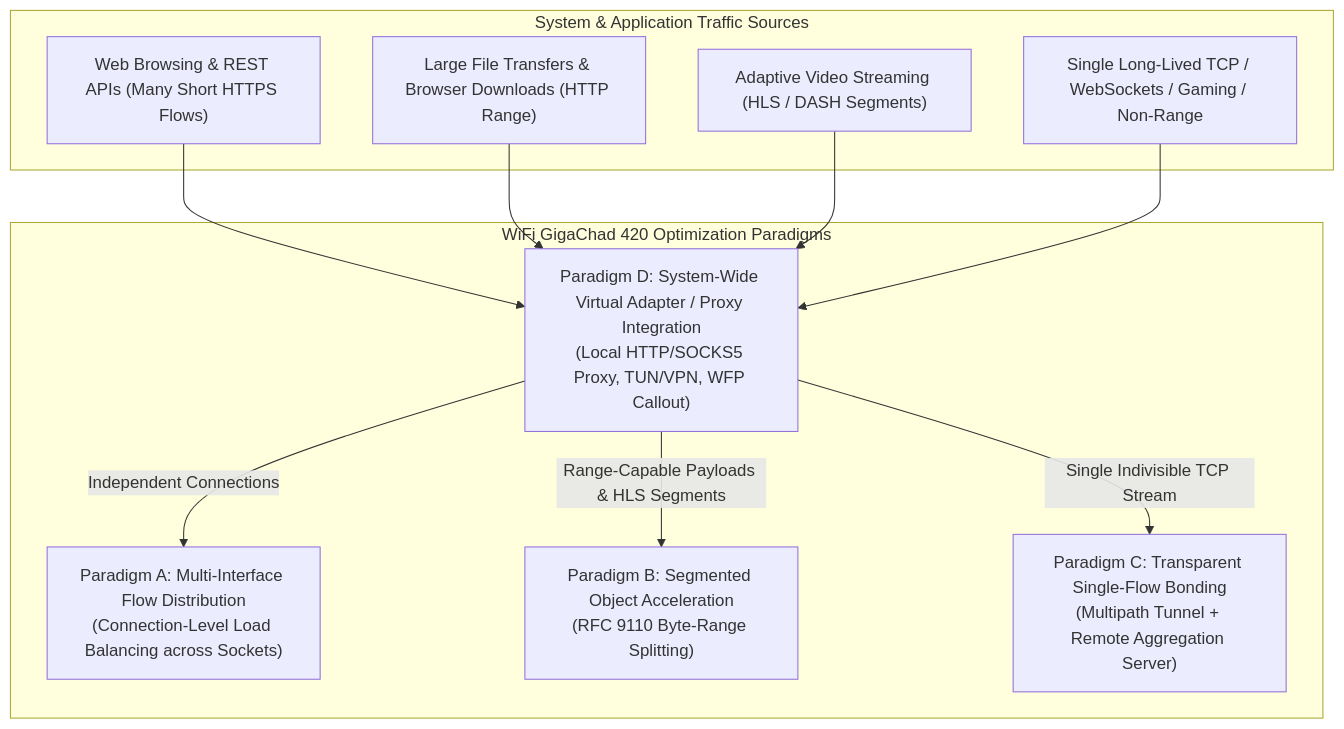
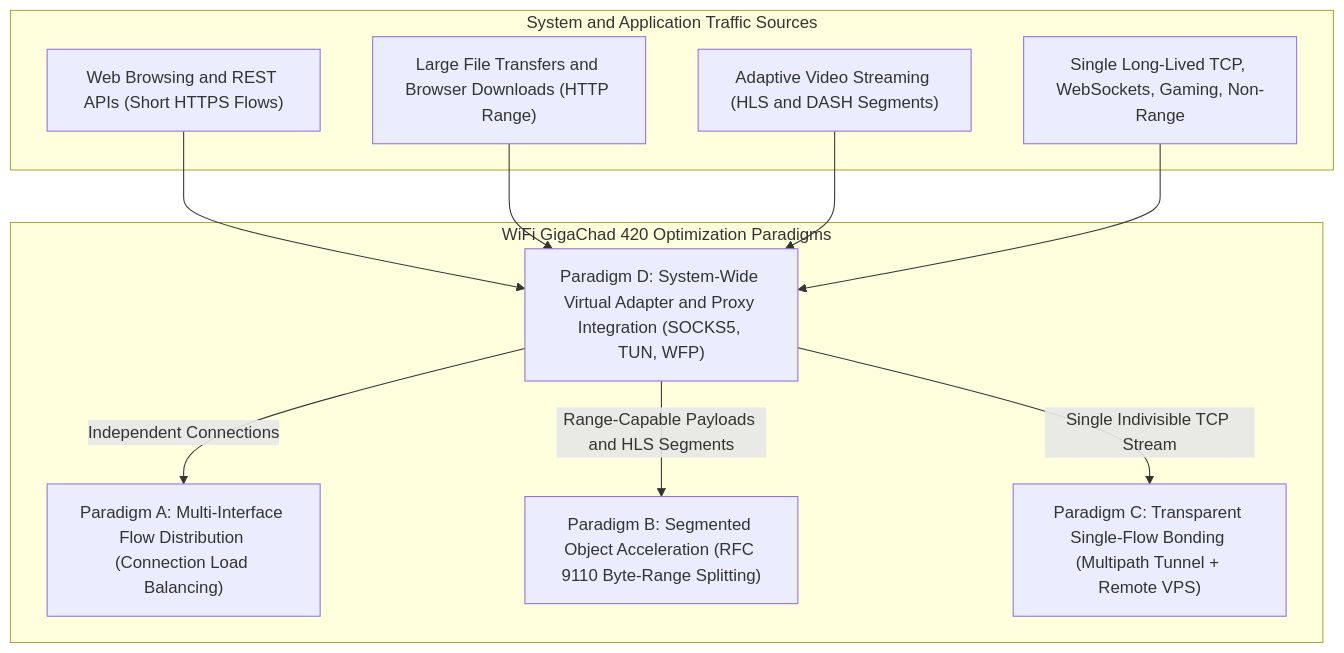
Diagram 12 of 14 in Docs/WiFi_GigaChad_420_Plan.md (cubicreates/WifiGigaChad420), drawn with Mermaid before and after one commit. The commit also changed other lines of this file and 4 other files, not shown here.

````diff
--- a/Docs/WiFi_GigaChad_420_Plan.md
+++ b/Docs/WiFi_GigaChad_420_Plan.md
@@ -1946,25 +2020,25 @@
 ```mermaid
-graph TB
-    subgraph Apps ["System & Application Traffic Sources"]
-        Web["Web Browsing & REST APIs (Many Short HTTPS Flows)"]
-        DL["Large File Transfers & Browser Downloads (HTTP Range)"]
-        VOD["Adaptive Video Streaming (HLS / DASH Segments)"]
-        Arbitrary["Single Long-Lived TCP / WebSockets / Gaming / Non-Range"]
+flowchart TB
+    subgraph Apps ["System and Application Traffic Sources"]
+        Web["Web Browsing and REST APIs (Short HTTPS Flows)"]
+        DL["Large File Transfers and Browser Downloads (HTTP Range)"]
+        VOD["Adaptive Video Streaming (HLS and DASH Segments)"]
+        Arbitrary["Single Long-Lived TCP, WebSockets, Gaming, Non-Range"]
     end
 
     subgraph Modes ["WiFi GigaChad 420 Optimization Paradigms"]
-        ModeA["Paradigm A: Multi-Interface Flow Distribution<br/>(Connection-Level Load Balancing across Sockets)"]
-        ModeB["Paradigm B: Segmented Object Acceleration<br/>(RFC 9110 Byte-Range Splitting)"]
-        ModeC["Paradigm C: Transparent Single-Flow Bonding<br/>(Multipath Tunnel + Remote Aggregation Server)"]
-        ModeD["Paradigm D: System-Wide Virtual Adapter / Proxy Integration<br/>(Local HTTP/SOCKS5 Proxy, TUN/VPN, WFP Callout)"]
+        ModeA["Paradigm A: Multi-Interface Flow Distribution (Connection Load Balancing)"]
+        ModeB["Paradigm B: Segmented Object Acceleration (RFC 9110 Byte-Range Splitting)"]
+        ModeC["Paradigm C: Transparent Single-Flow Bonding (Multipath Tunnel + Remote VPS)"]
+        ModeD["Paradigm D: System-Wide Virtual Adapter and Proxy Integration (SOCKS5, TUN, WFP)"]
     end
 
     Web --> ModeD
     DL --> ModeD
     VOD --> ModeD
     Arbitrary --> ModeD
 
-    ModeD -->|Independent Connections| ModeA
-    ModeD -->|Range-Capable Payloads & HLS Segments| ModeB
-    ModeD -->|Single Indivisible TCP Stream| ModeC
+    ModeD -->|"Independent Connections"| ModeA
+    ModeD -->|"Range-Capable Payloads and HLS Segments"| ModeB
+    ModeD -->|"Single Indivisible TCP Stream"| ModeC
 ```
````
